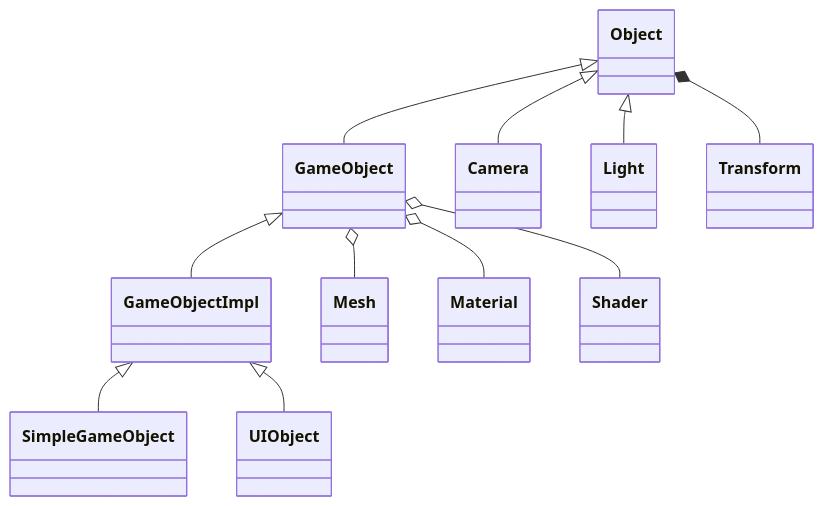
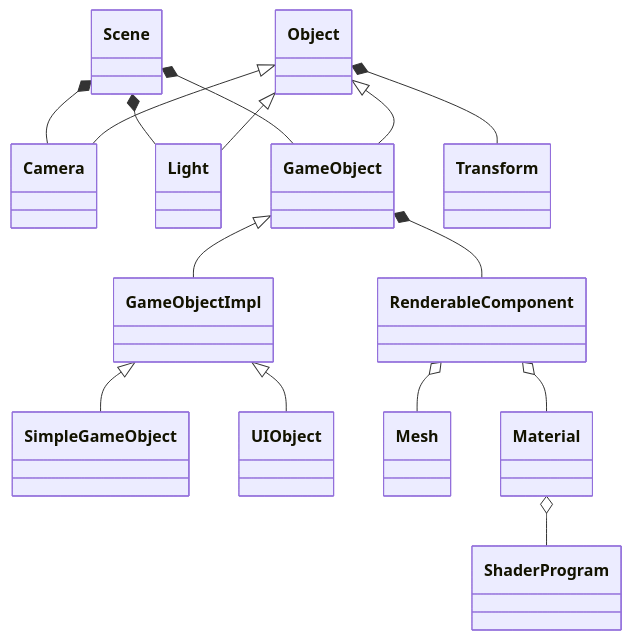
One commit to z8z6/slot changed the diagram in docs/scene/README.md. Above: the diagram before and after it, drawn with Mermaid. The commit also changed other lines of this file and 169 other files, not shown here.

````diff
--- a/docs/scene/README.md
+++ b/docs/scene/README.md
@@ -5,13 +5,17 @@
 ```mermaid
 classDiagram
+    Scene *-- Camera
+    Scene *-- Light
+    Scene *-- GameObject
     Object <|-- GameObject
     Object <|-- Camera
     Object <|-- Light
     GameObject <|-- GameObjectImpl
     GameObjectImpl <|-- SimpleGameObject
     GameObjectImpl <|-- UIObject
     Object *-- Transform
-    GameObject o-- Mesh
-    GameObject o-- Material
-    GameObject o-- Shader
+    GameObject *-- RenderableComponent
+    RenderableComponent o-- Mesh
+    RenderableComponent o-- Material
+    Material o-- ShaderProgram
 ```
````
